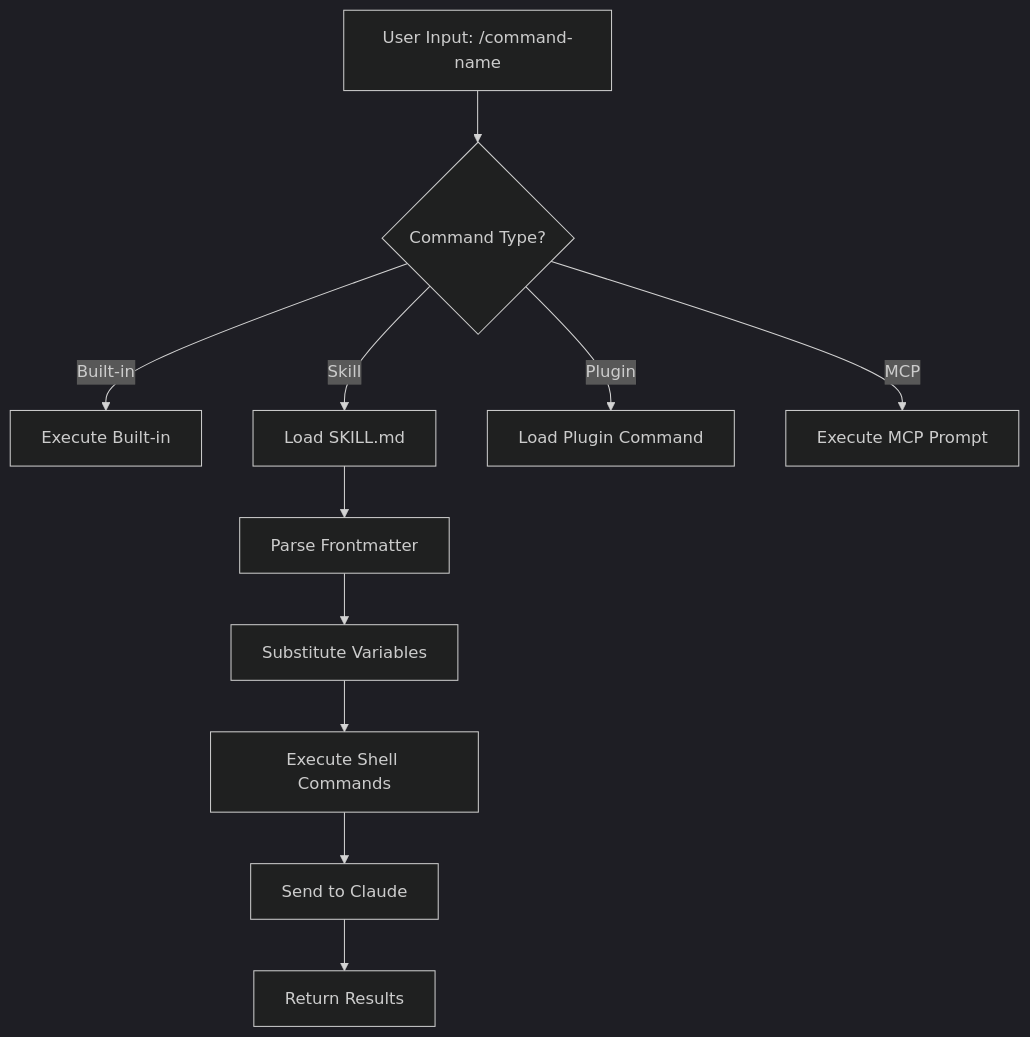
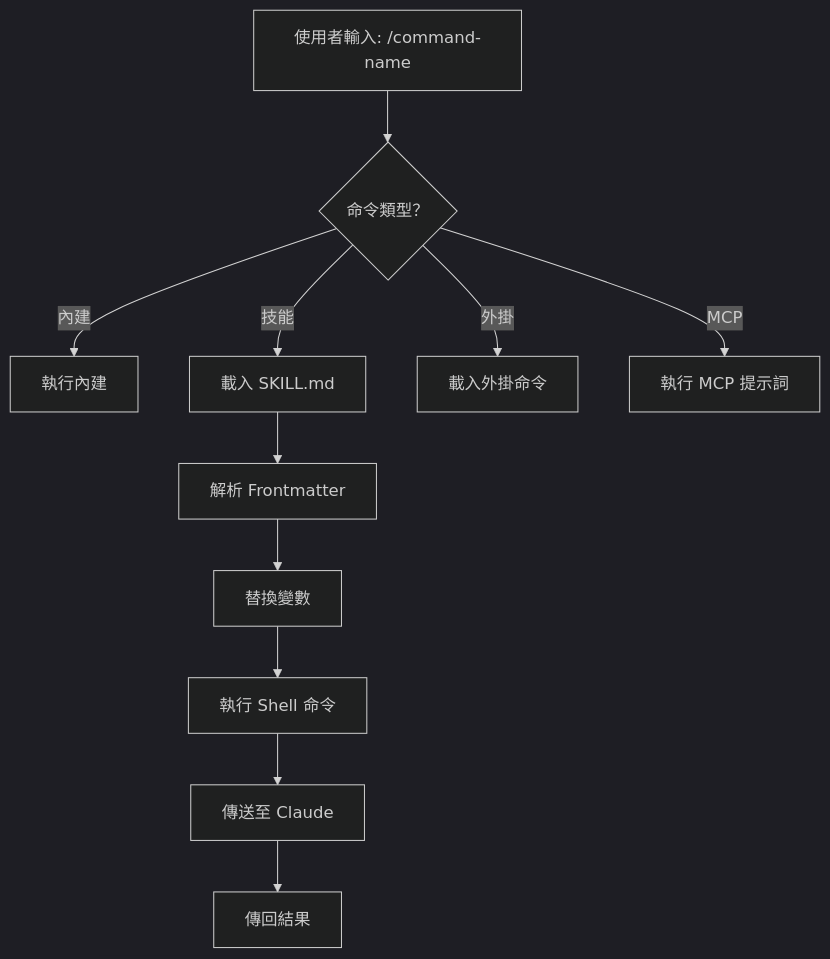
The first of 2 diagrams in 01-slash-commands/README.md (huckly/claude-howto-zh-tw), drawn with Mermaid (dark theme) before and after one commit. The commit also changed other lines of this file and 8 other files, not shown here.

````diff
--- a/01-slash-commands/README.md
+++ b/01-slash-commands/README.md
@@ -301,14 +329,14 @@
 ```mermaid
 graph TD
-    A["User Input: /command-name"] --> B{"Command Type?"}
-    B -->|Built-in| C["Execute Built-in"]
-    B -->|Skill| D["Load SKILL.md"]
-    B -->|Plugin| E["Load Plugin Command"]
-    B -->|MCP| F["Execute MCP Prompt"]
+    A["使用者輸入: /command-name"] --> B{"命令類型？"}
+    B -->|內建| C["執行內建"]
+    B -->|技能| D["載入 SKILL.md"]
+    B -->|外掛| E["載入外掛命令"]
+    B -->|MCP| F["執行 MCP 提示詞"]
 
-    D --> G["Parse Frontmatter"]
-    G --> H["Substitute Variables"]
-    H --> I["Execute Shell Commands"]
-    I --> J["Send to Claude"]
-    J --> K["Return Results"]
+    D --> G["解析 Frontmatter"]
+    G --> H["替換變數"]
+    H --> I["執行 Shell 命令"]
+    I --> J["傳送至 Claude"]
+    J --> K["傳回結果"]
 ```
````
